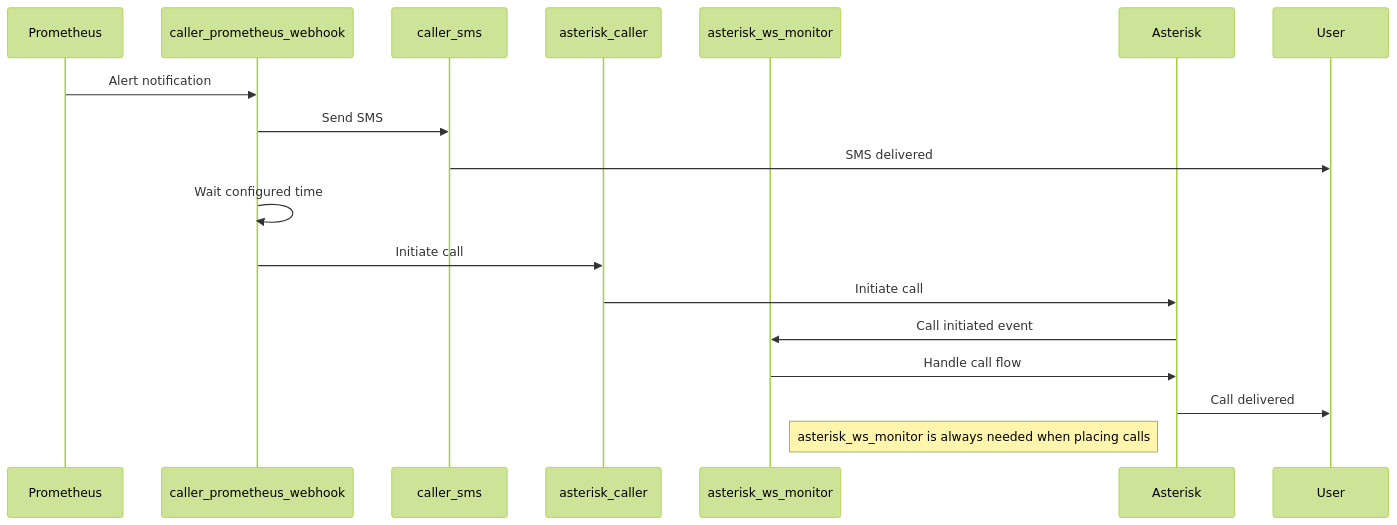
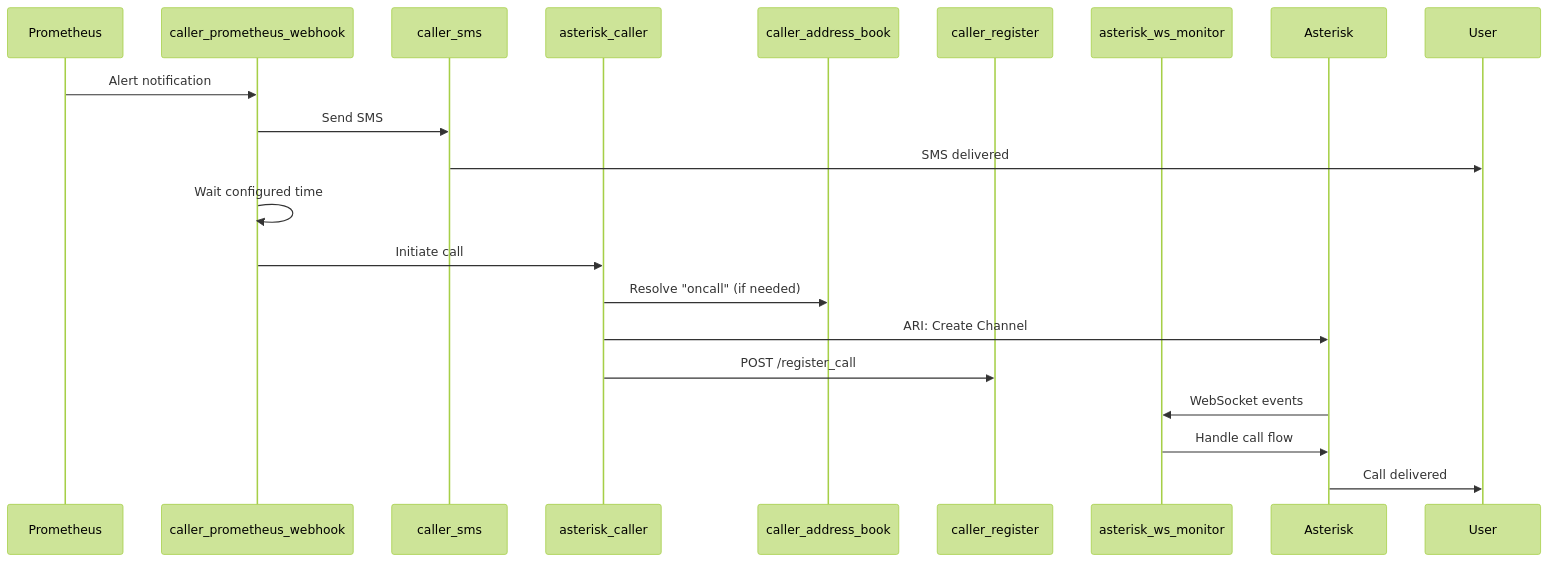
Before and after one commit to jcfdeb/py-phone-caller: diagram 20 of 21 in docs/py-phone-caller_2025.05.md, drawn with Mermaid (forest theme). The commit also changed other lines of this file and 217 other files, not shown here.

````diff
--- a/docs/py-phone-caller_2025.05.md
+++ b/docs/py-phone-caller_2025.05.md
@@ -695,22 +799,24 @@
 ```mermaid
 sequenceDiagram
     participant Prometheus
     participant PW as caller_prometheus_webhook
     participant SMS as caller_sms
     participant AC as asterisk_caller
+    participant CAB as caller_address_book
+    participant CR as caller_register
     participant WSM as asterisk_ws_monitor
     participant Asterisk
     participant User
 
     Prometheus->>PW: Alert notification
     PW->>SMS: Send SMS
     SMS->>User: SMS delivered
     PW->>PW: Wait configured time
     PW->>AC: Initiate call
-    AC->>Asterisk: Initiate call
-    Asterisk->>WSM: Call initiated event
+    AC->>CAB: Resolve "oncall" (if needed)
+    AC->>Asterisk: ARI: Create Channel
+    AC->>CR: POST /register_call
+    Asterisk->>WSM: WebSocket events
     WSM->>Asterisk: Handle call flow
     Asterisk->>User: Call delivered
-
-    Note right of WSM: asterisk_ws_monitor is always needed when placing calls
 ```
````
